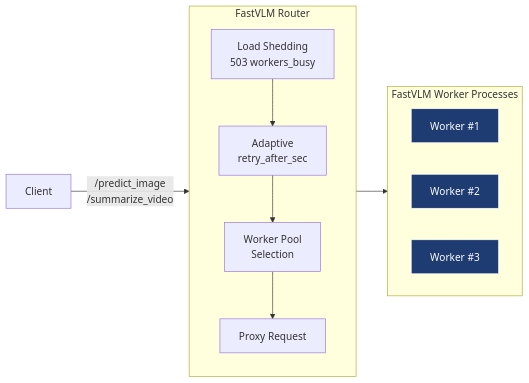
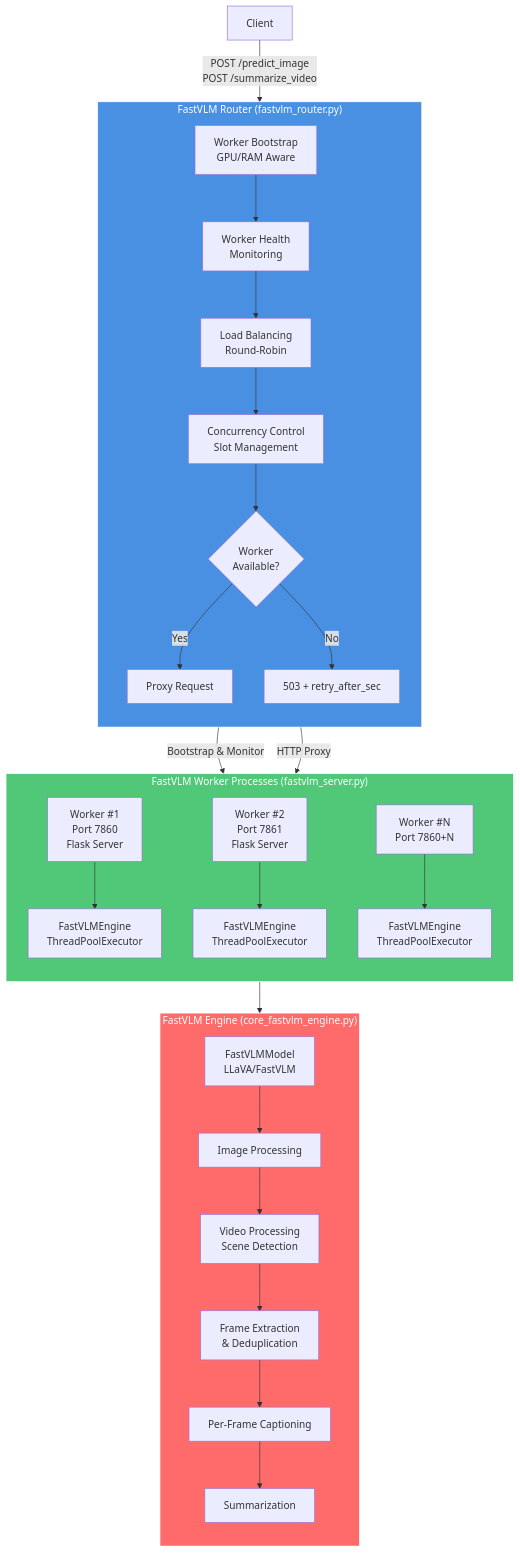
Before and after one commit to Pugsy-Explores/ml-fastvlm: the first of 5 diagrams in README.md, drawn with Mermaid. The commit also changed other lines of this file, not shown here.

First line of the commit message:
docs: comprehensive README update with detailed workflows and architecture

````diff
--- a/README.md
+++ b/README.md
@@ -26,22 +26,43 @@
 ```mermaid
-flowchart LR
-    Client -->|/predict_image<br>/summarize_video| Router
+flowchart TB
+    Client -->|POST /predict_image<br/>POST /summarize_video| Router[FastVLM Router<br/>Port 9000<br/>fastvlm_router.py]
 
-    subgraph Router ["FastVLM Router"]
+    Router -->|Bootstrap & Monitor| Workers[Worker Pool<br/>Ports 7860+]
+    
+    subgraph Router ["FastVLM Router (fastvlm_router.py)"]
         direction TB
-        A1[Load Shedding<br>503 workers_busy] --> A2[Adaptive<br>retry_after_sec]
-        A2 --> A3[Worker Pool<br>Selection]
-        A3 --> A4[Proxy Request]
+        R1[Worker Bootstrap<br/>GPU/RAM Aware] --> R2[Worker Health<br/>Monitoring]
+        R2 --> R3[Load Balancing<br/>Round-Robin]
+        R3 --> R4[Concurrency Control<br/>Slot Management]
+        R4 --> R5{Worker<br/>Available?}
+        R5 -->|Yes| R6[Proxy Request]
+        R5 -->|No| R7[503 + retry_after_sec]
     end
+    
+    subgraph Workers ["FastVLM Worker Processes (fastvlm_server.py)"]
+        direction TB
+        W1[Worker #1<br/>Port 7860<br/>Flask Server] --> W1E[FastVLMEngine<br/>ThreadPoolExecutor]
+        W2[Worker #2<br/>Port 7861<br/>Flask Server] --> W2E[FastVLMEngine<br/>ThreadPoolExecutor]
+        W3[Worker #N<br/>Port 7860+N] --> W3E[FastVLMEngine<br/>ThreadPoolExecutor]
+    end
+    
+    Router -->|HTTP Proxy| Workers
+    
+    subgraph Engine ["FastVLM Engine (core_fastvlm_engine.py)"]
+        direction TB
+        E1[FastVLMModel<br/>LLaVA/FastVLM] --> E2[Image Processing]
+        E2 --> E3[Video Processing<br/>Scene Detection]
+        E3 --> E4[Frame Extraction<br/>& Deduplication]
+        E4 --> E5[Per-Frame Captioning]
+        E5 --> E6[Summarization]
+    end
+    
+    Workers --> Engine
 
-    subgraph Workers ["FastVLM Worker Processes"]
-        direction LR
-        W1[Worker #1]:::gpu
-        W2[Worker #2]:::gpu
-        W3[Worker #3]:::gpu
-    end
-
-    Router --> Workers
-
-    classDef gpu fill:#1e3c72,stroke:#fff,color:#fff;
+    classDef router fill:#4a90e2,stroke:#fff,color:#fff
+    classDef worker fill:#50c878,stroke:#fff,color:#fff
+    classDef engine fill:#ff6b6b,stroke:#fff,color:#fff
+    class Router router
+    class Workers worker
+    class Engine engine
 ```
````
